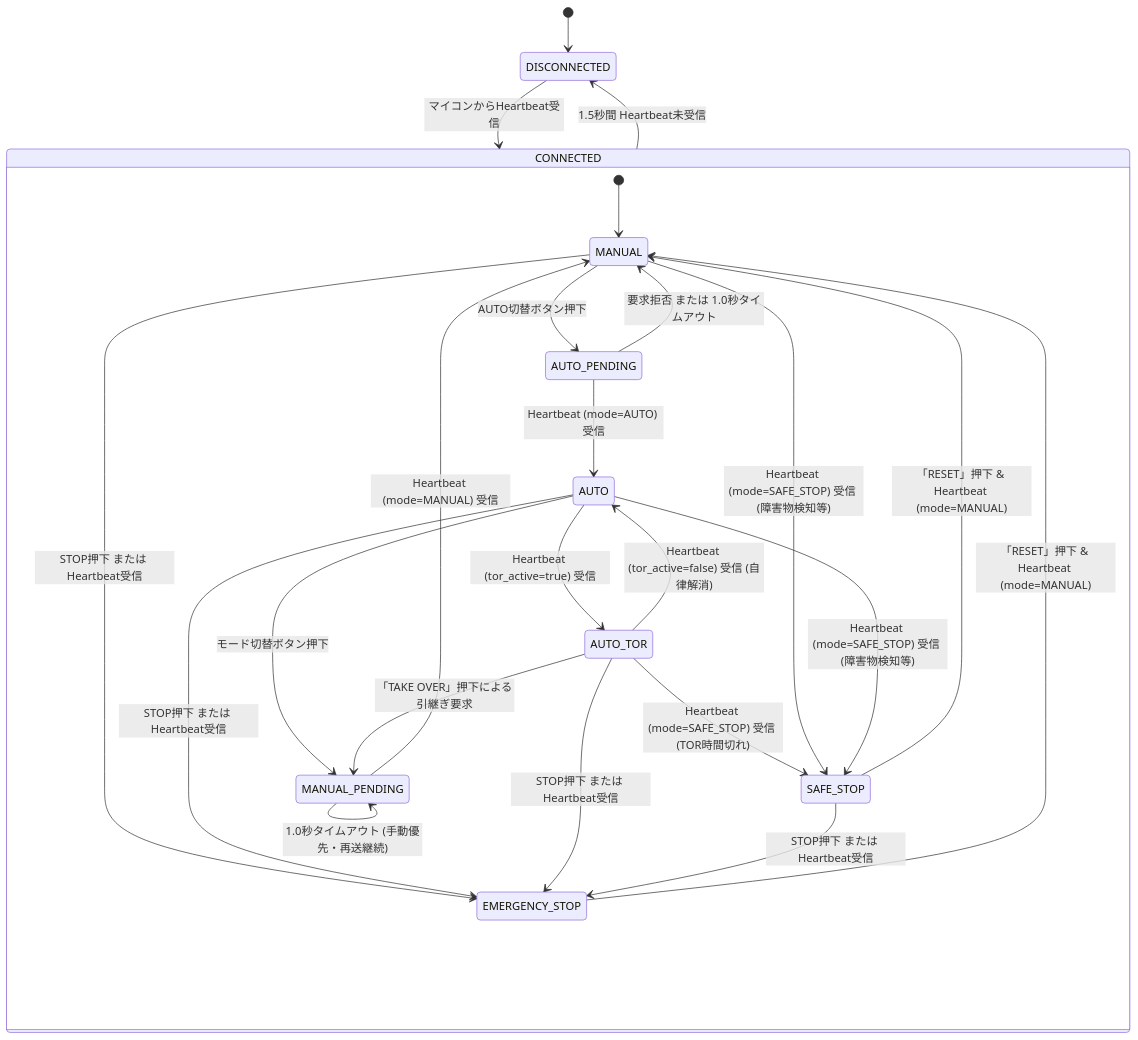
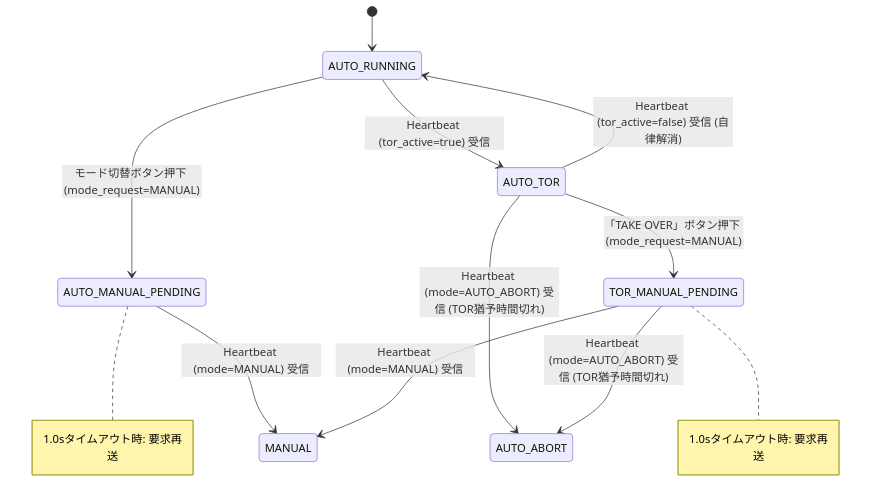
One commit to tut-cc/mini-4wd-webapp changed the second of 4 diagrams in docs/ui-spec.md. Above: the diagram before and after it, drawn with Mermaid. The commit also changed other lines of this file and 16 other files, not shown here.

Commit message:
refactor: rename SAFE_STOP/EMERGENCY_STOP to AUTO_ABORT/MANUAL_ABORT and update docs

````diff
--- a/docs/ui-spec.md
+++ b/docs/ui-spec.md
@@ -34,36 +45,26 @@
 ```mermaid
 stateDiagram-v2
-    [*] --> DISCONNECTED
+    [*] --> AUTO_RUNNING
 
-    DISCONNECTED --> CONNECTED: マイコンからHeartbeat受信
-    CONNECTED --> DISCONNECTED: 1.5秒間 Heartbeat未受信
+    %% 通常自動走行 <--> TOR警告
+    AUTO_RUNNING --> AUTO_TOR: Heartbeat (tor_active=true) 受信
+    AUTO_TOR --> AUTO_RUNNING: Heartbeat (tor_active=false) 受信 (自律解消)
 
-    state CONNECTED {
-        [*] --> MANUAL
+    %% 手動復帰要求 (Pending)
+    AUTO_RUNNING --> AUTO_MANUAL_PENDING: モード切替ボタン押下 (mode_request=MANUAL)
+    note right of AUTO_MANUAL_PENDING
+        1.0sタイムアウト時: 要求再送
+    end note
 
-        MANUAL --> AUTO_PENDING: AUTO切替ボタン押下
-        AUTO_PENDING --> AUTO: Heartbeat (mode=AUTO) 受信
-        AUTO_PENDING --> MANUAL: 要求拒否 または 1.0秒タイムアウト
+    %% TOR引継ぎ要求 (Pending)
+    AUTO_TOR --> TOR_MANUAL_PENDING: 「TAKE OVER」ボタン押下 (mode_request=MANUAL)
+    note right of TOR_MANUAL_PENDING
+        1.0sタイムアウト時: 要求再送
+    end note
 
-        AUTO --> MANUAL_PENDING: モード切替ボタン押下
-        MANUAL_PENDING --> MANUAL: Heartbeat (mode=MANUAL) 受信
-        MANUAL_PENDING --> MANUAL_PENDING: 1.0秒タイムアウト (手動優先・再送継続)
-
-        AUTO --> AUTO_TOR: Heartbeat (tor_active=true) 受信
-        AUTO_TOR --> AUTO: Heartbeat (tor_active=false) 受信 (自律解消)
-        AUTO_TOR --> MANUAL_PENDING: 「TAKE OVER」押下による引継ぎ要求
-        AUTO_TOR --> SAFE_STOP: Heartbeat (mode=SAFE_STOP) 受信 (TOR時間切れ)
-
-        MANUAL --> SAFE_STOP: Heartbeat (mode=SAFE_STOP) 受信 (障害物検知等)
-        AUTO --> SAFE_STOP: Heartbeat (mode=SAFE_STOP) 受信 (障害物検知等)
-
-        SAFE_STOP --> MANUAL: 「RESET」押下 & Heartbeat (mode=MANUAL)
-
-        MANUAL --> EMERGENCY_STOP: STOP押下 または Heartbeat受信
-        AUTO --> EMERGENCY_STOP: STOP押下 または Heartbeat受信
-        AUTO_TOR --> EMERGENCY_STOP: STOP押下 または Heartbeat受信
-        SAFE_STOP --> EMERGENCY_STOP: STOP押下 または Heartbeat受信
-
-        EMERGENCY_STOP --> MANUAL: 「RESET」押下 & Heartbeat (mode=MANUAL)
-    }
+    %% 外部への確定遷移
+    AUTO_MANUAL_PENDING --> MANUAL: Heartbeat (mode=MANUAL) 受信
+    TOR_MANUAL_PENDING --> MANUAL: Heartbeat (mode=MANUAL) 受信
+    AUTO_TOR --> AUTO_ABORT: Heartbeat (mode=AUTO_ABORT) 受信 (TOR猶予時間切れ)
+    TOR_MANUAL_PENDING --> AUTO_ABORT: Heartbeat (mode=AUTO_ABORT) 受信 (TOR猶予時間切れ)
 ```
````
